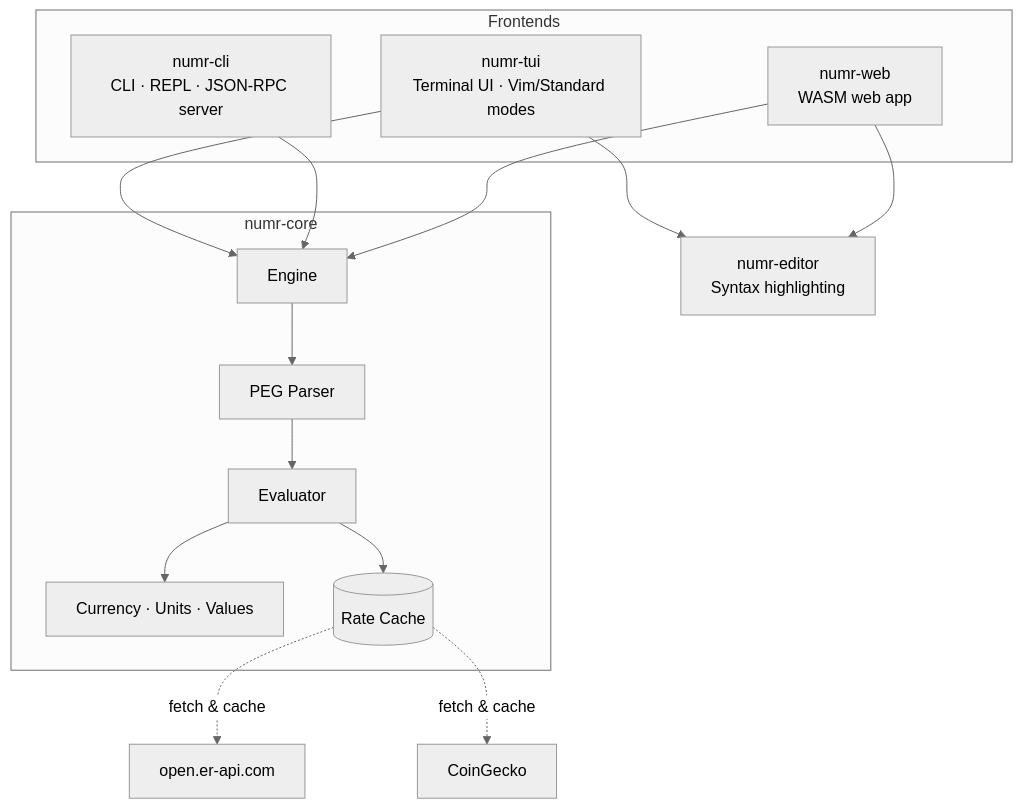
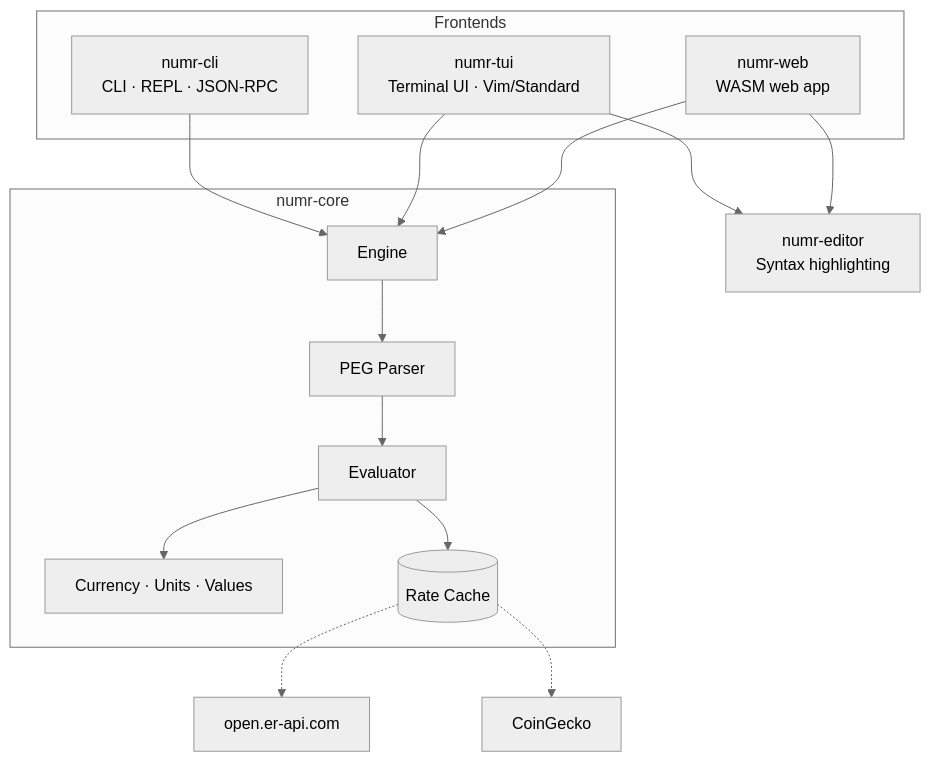
The diagram in README.md (nasedkinpv/numr), drawn with Mermaid (neutral theme) before and after one commit.

Commit message:
docs: fix diagram arrow layout

````diff
--- a/README.md
+++ b/README.md
@@ -333,25 +333,29 @@
 ```mermaid
 graph TB
     subgraph Frontends
-        TUI[numr-tui<br/>Terminal UI · Vim/Standard modes]
-        CLI[numr-cli<br/>CLI · REPL · JSON-RPC server]
+        CLI[numr-cli<br/>CLI · REPL · JSON-RPC]
+        TUI[numr-tui<br/>Terminal UI · Vim/Standard]
         Web[numr-web<br/>WASM web app]
     end
 
     Editor[numr-editor<br/>Syntax highlighting]
 
     subgraph Core[numr-core]
         Engine[Engine]
-        Parser[PEG Parser] --> Eval[Evaluator]
+        Engine --> Parser[PEG Parser]
+        Parser --> Eval[Evaluator]
         Eval --> Types[Currency · Units · Values]
         Eval --> Cache[(Rate Cache)]
     end
 
     Fiat[open.er-api.com]
     Crypto[CoinGecko]
 
-    TUI & CLI & Web --> Engine
-    TUI & Web --> Editor
-    Engine --> Parser
-    Cache -.->|fetch & cache| Fiat & Crypto
+    CLI --> Engine
+    TUI --> Engine
+    TUI --> Editor
+    Web --> Engine
+    Web --> Editor
+    Cache -.-> Fiat
+    Cache -.-> Crypto
 ```
````
